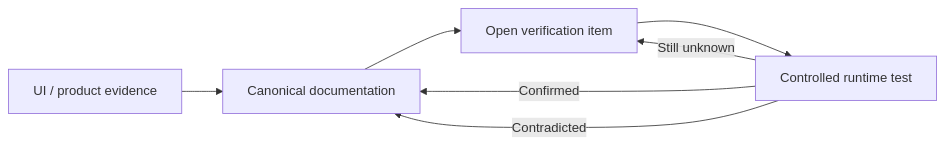
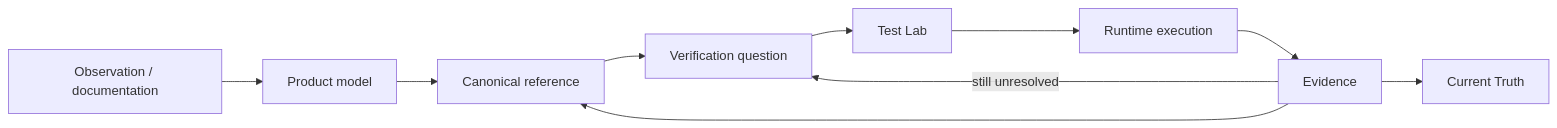
The diagram in README.md (adityarane-ai/QI-Studio-Playbook), drawn with Mermaid before and after one commit. The commit also changed other lines of this file, not shown here.

Commit message:
Redesign repository architecture

````diff
--- a/README.md
+++ b/README.md
@@ -64,9 +53,12 @@
 ```mermaid
 flowchart LR
-    E[UI / product evidence] --> C[Canonical documentation]
-    C --> Q[Open verification item]
-    Q --> T[Controlled runtime test]
-    T -->|Confirmed| C
-    T -->|Still unknown| Q
-    T -->|Contradicted| C
+    E[Observation / documentation] --> M[Product model]
+    M --> C[Canonical reference]
+    C --> V[Verification question]
+    V --> T[Test Lab]
+    T --> R[Runtime execution]
+    R --> P[Evidence]
+    P --> C
+    P --> CT[Current Truth]
+    P -->|still unresolved| V
 ```
````
